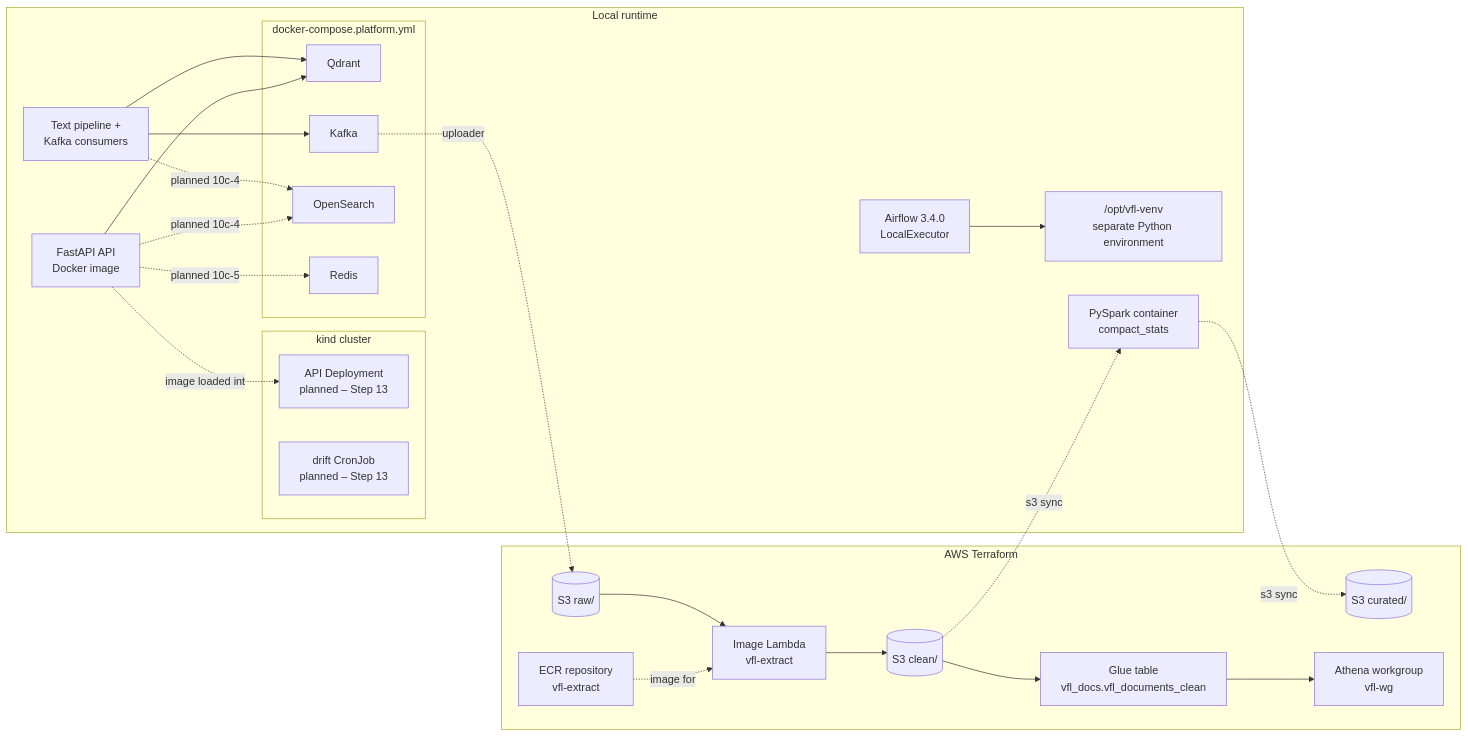
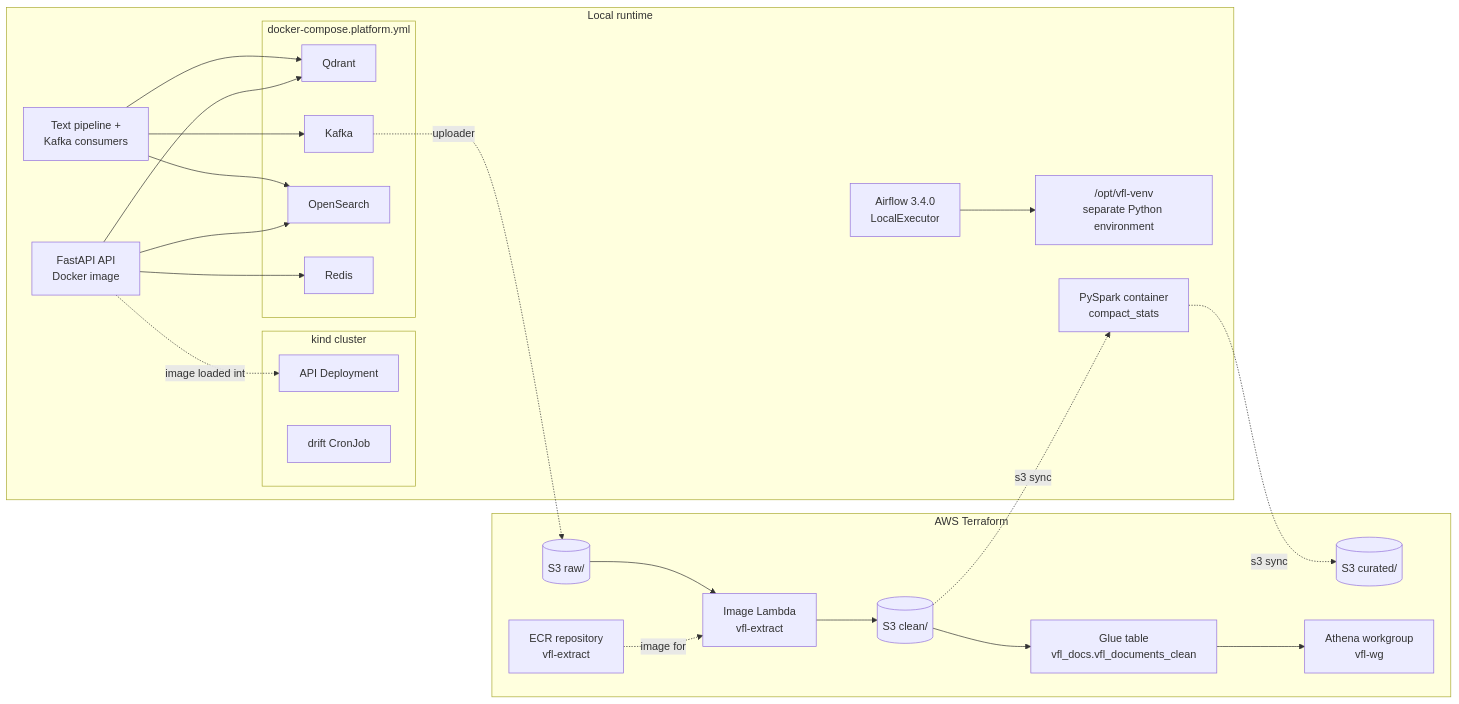
The diagram in docs/diagrams/platform.mmd (kakali-bandyopadhyay/vol-forecast-lab), drawn with Mermaid before and after one commit. The commit also changed 5 other files, not shown here.

Commit message:
Diagrams: overview for portfolio card; remove stale 'planned' labels

```diff
--- a/docs/diagrams/platform.mmd
+++ b/docs/diagrams/platform.mmd
@@ -1,41 +1,41 @@
 flowchart LR
   subgraph Local[Local runtime]
     API[FastAPI API<br/>Docker image]
     AF[Airflow 3.4.0<br/>LocalExecutor]
     VENV["/opt/vfl-venv<br/>separate Python environment"]
     AF --> VENV
     subgraph Kind[kind cluster]
-      DEP[API Deployment<br/>planned – Step 13]
-      CRON[drift CronJob<br/>planned – Step 13]
+      DEP[API Deployment]
+      CRON[drift CronJob]
     end
     API -.image loaded into.-> DEP
     subgraph Compose[docker-compose.platform.yml]
       Q[Qdrant]
       K[Kafka]
       OS[OpenSearch]
       RD[Redis]
     end
     PIPE[Text pipeline +<br/>Kafka consumers]
     SPARK[PySpark container<br/>compact_stats]
     PIPE --> K
     PIPE --> Q
-    PIPE -.planned 10c-4.-> OS
+    PIPE --> OS
     API --> Q
-    API -.planned 10c-4.-> OS
-    API -.planned 10c-5.-> RD
+    API --> OS
+    API --> RD
   end
   subgraph AWS[AWS Terraform]
     RAW[(S3 raw/)]
     CLEAN[(S3 clean/)]
     CURATED[(S3 curated/)]
     ECR[ECR repository<br/>vfl-extract]
     L[Image Lambda<br/>vfl-extract]
     GL[Glue table<br/>vfl_docs.vfl_documents_clean]
     ATH[Athena workgroup<br/>vfl-wg]
     RAW --> L --> CLEAN
     CLEAN --> GL --> ATH
     ECR -.image for.-> L
   end
   K -.uploader.-> RAW
   CLEAN -.s3 sync.-> SPARK
   SPARK -.s3 sync.-> CURATED
```
